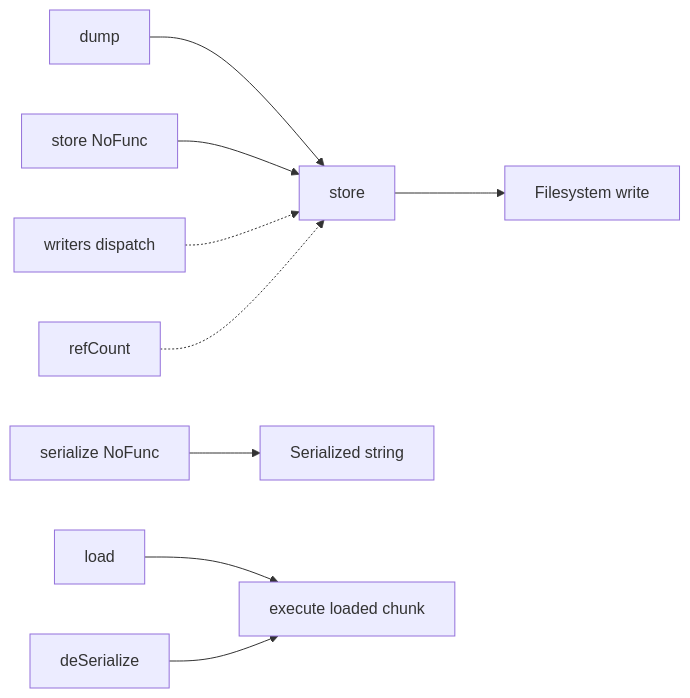
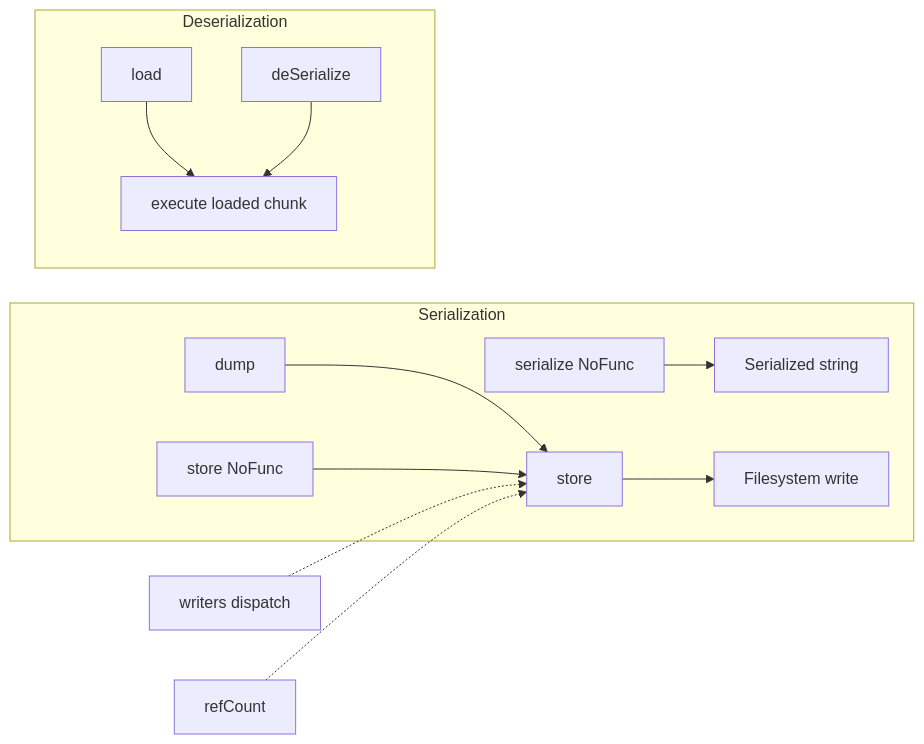
One commit to Gh0st352/AETHR changed the first of 7 diagrams in docs/io/README.md. Above: the diagram before and after it, drawn with Mermaid. The commit also changed other lines of this file and 5 other files, not shown here.

First line of the commit message:
docs(io): restructure Mermaid diagrams, add subgraphs & classes

````diff
--- a/docs/io/README.md
+++ b/docs/io/README.md
@@ -32,11 +32,22 @@
 ```mermaid
+%% shared theme: docs/_mermaid/theme.json %%
 flowchart LR
-  D[dump] --> S[store]
-  SNF[store NoFunc] --> S
-  SNZ[serialize NoFunc] --> OUT[Serialized string]
-  S --> FS[Filesystem write]
-  L[load] --> EXEC[execute loaded chunk]
-  DS[deSerialize] --> EXEC
+  subgraph "Serialization"
+    D[dump] --> S[store]
+    SNF[store NoFunc] --> S
+    SNZ[serialize NoFunc] --> OUT[Serialized string]
+    S --> FS[Filesystem write]
+  end
+
+  subgraph "Deserialization"
+    L[load] --> EXEC[execute loaded chunk]
+    DS[deSerialize] --> EXEC
+  end
+
   WRT[writers dispatch] -.-> S
   RC[refCount] -.-> S
+
+  class D,S,SNF,SNZ,FS,L,DS,WRT,RC class_io;
+  class EXEC class_compute;
+  class OUT class_result;
 ```
````
